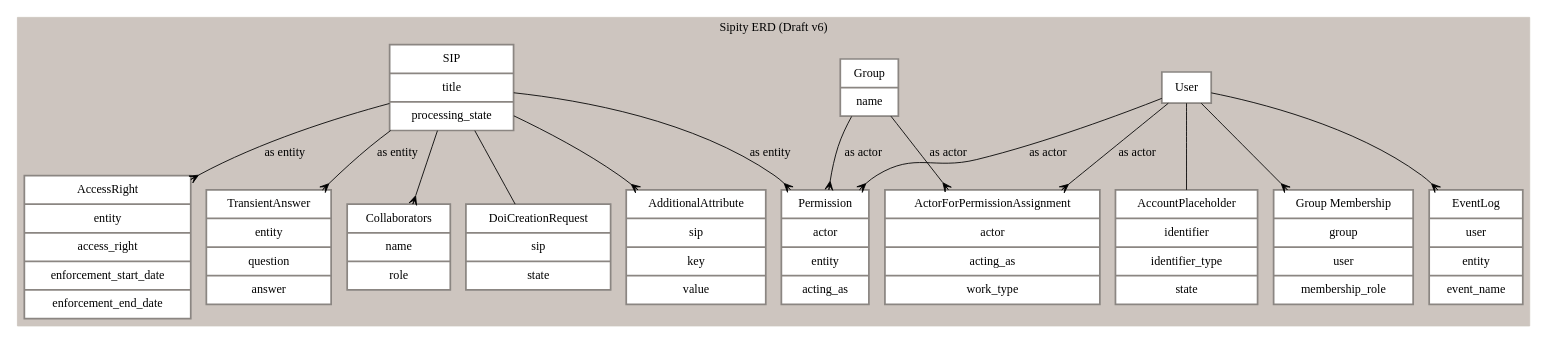
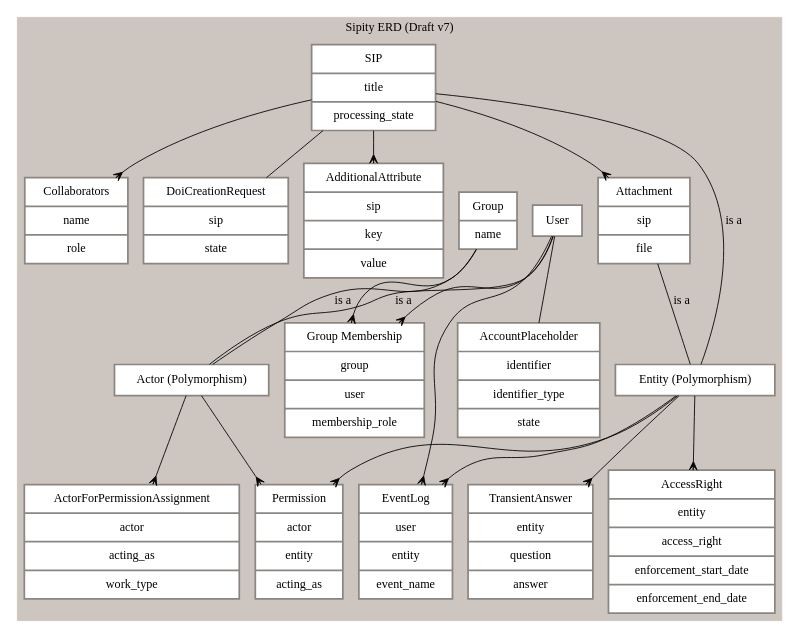
One commit to scholarworks/sipity changed the diagram in artifacts/sipity-erd.dot. Above: the diagram before and after it, drawn with Graphviz. The commit also changed 1 other file, not shown here.

Commit message:
Improving legibility of ERD
* Adding attachment concept
* Teasing apart the Entity and Actor concepts to reflect polymorphism

[skip ci]

```diff
--- a/artifacts/sipity-erd.dot
+++ b/artifacts/sipity-erd.dot
@@ -1,42 +1,54 @@
 digraph "G" {
     compound=true;
     node[color="grey15" shape=record penwidth=2 margin="0.15, 0.125"];
 
     subgraph cluster_0 {
-        label="Sipity ERD (Draft v6)"
+        label="Sipity ERD (Draft v7)"
         color="seashell3"
         style="filled"
         node[style=filled fillcolor=white color="seashell4"]
         edge[arrowhead="crow"]
 
         user[label="{ User }"]
         group_entity[label="{ Group | name }"]
         group_membership[label="{ Group Membership | group | user | membership_role }"]
         sip[label="{ SIP | title | processing_state }"]
         event_log[label="{ EventLog | user | entity | event_name }"]
         permission[label="{ Permission | actor | entity | acting_as }"]
         collaborators[label="{ Collaborators | name | role }"]
         account_placeholder[label="{ AccountPlaceholder | identifier | identifier_type | state }"]
         doi_creation_request[label="{ DoiCreationRequest | sip | state }"]
         additional_attributes[label="{ AdditionalAttribute | sip | key | value }"]
         ActorForPermissionAssignment[label="{ ActorForPermissionAssignment | actor | acting_as | work_type }"]
         AccessRight[label="{ AccessRight | entity | access_right | enforcement_start_date | enforcement_end_date }"]
         TransientAnswer[label="{ TransientAnswer | entity | question | answer }"]
+        attachment[label="{ Attachment | sip | file }"]
+        entity[label="Entity (Polymorphism)"]
+        actor[label="Actor (Polymorphism)"]
 
         user -> group_membership
-        group_entity -> ActorForPermissionAssignment[label="as actor"]
-        user -> ActorForPermissionAssignment[label="as actor"]
+        group_entity -> group_membership
+        sip -> attachment
 
-        sip -> AccessRight[label="as entity"]
-        sip -> TransientAnswer[label="as entity"]
-        user -> permission[label="as actor"]
-        group_entity -> permission[label="as actor"]
-        sip -> permission[label="as entity"]
+        attachment -> entity[label="is a" arrowhead=none]
+        sip -> entity[label="is a" arrowhead=none]
+
+        entity -> AccessRight
+        entity -> TransientAnswer
+        entity -> permission
+        entity -> event_log
+
+        group_entity -> actor[label="is a" arrowhead=none]
+        user -> actor[label="is a" arrowhead=none]
         user -> event_log
+
+        actor -> ActorForPermissionAssignment
+        actor -> permission
+
         sip -> collaborators
         sip -> additional_attributes
         sip -> doi_creation_request[arrowhead=none]
         user -> account_placeholder[arrowhead=none]
     }
 
 }
```
